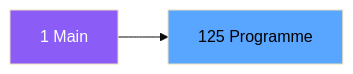
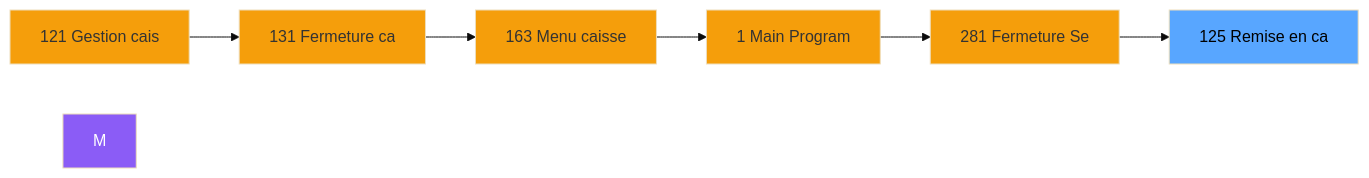
Before and after one commit to thonyAGP/magic-migration: the second of 3 diagrams in .openspec/specs/ADH-IDE-125.md, drawn with Mermaid (base theme). The commit also changed other lines of this file and 323 other files, not shown here.

````diff
--- a/.openspec/specs/ADH-IDE-125.md
+++ b/.openspec/specs/ADH-IDE-125.md
@@ -112,8 +120,21 @@
 ```mermaid
 graph LR
-    M[1 Main]
-    T[125 Programme]
-    M --> T
+    N121[121 Gestion cais]
+    N131[131 Fermeture ca]
+    N163[163 Menu caisse ]
+    N1[1 Main Program]
+    N281[281 Fermeture Se]
+    T[125 Remise en ca]
+    N121 --> N131
+    N131 --> N163
+    N163 --> N1
+    N1 --> N281
+    N281 --> T
     style M fill:#8b5cf6,color:#fff
+    style N121 fill:#f59e0b
+    style N131 fill:#f59e0b
+    style N163 fill:#f59e0b
+    style N1 fill:#f59e0b
+    style N281 fill:#f59e0b
     style T fill:#58a6ff,color:#000
 ```
````
